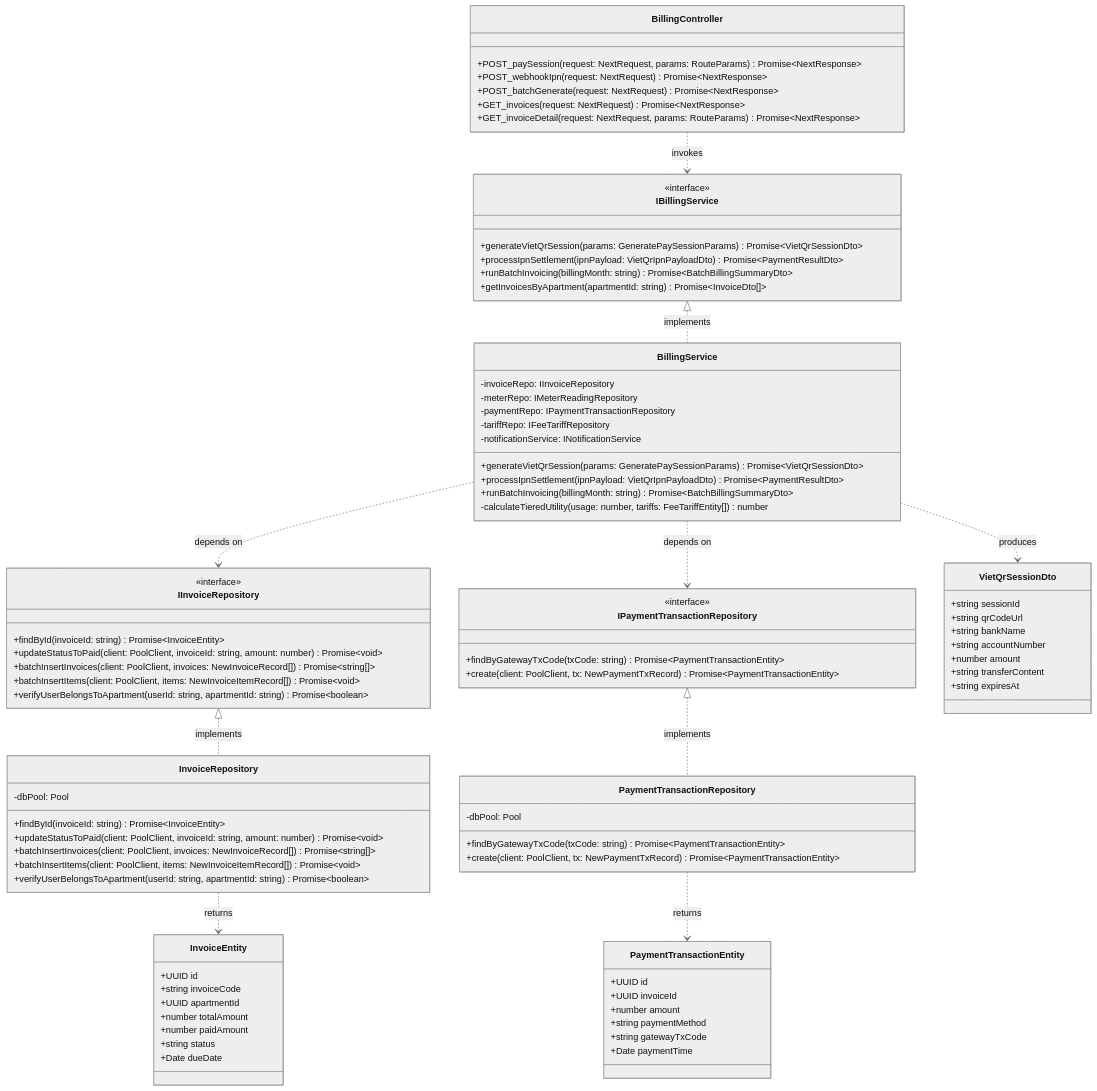
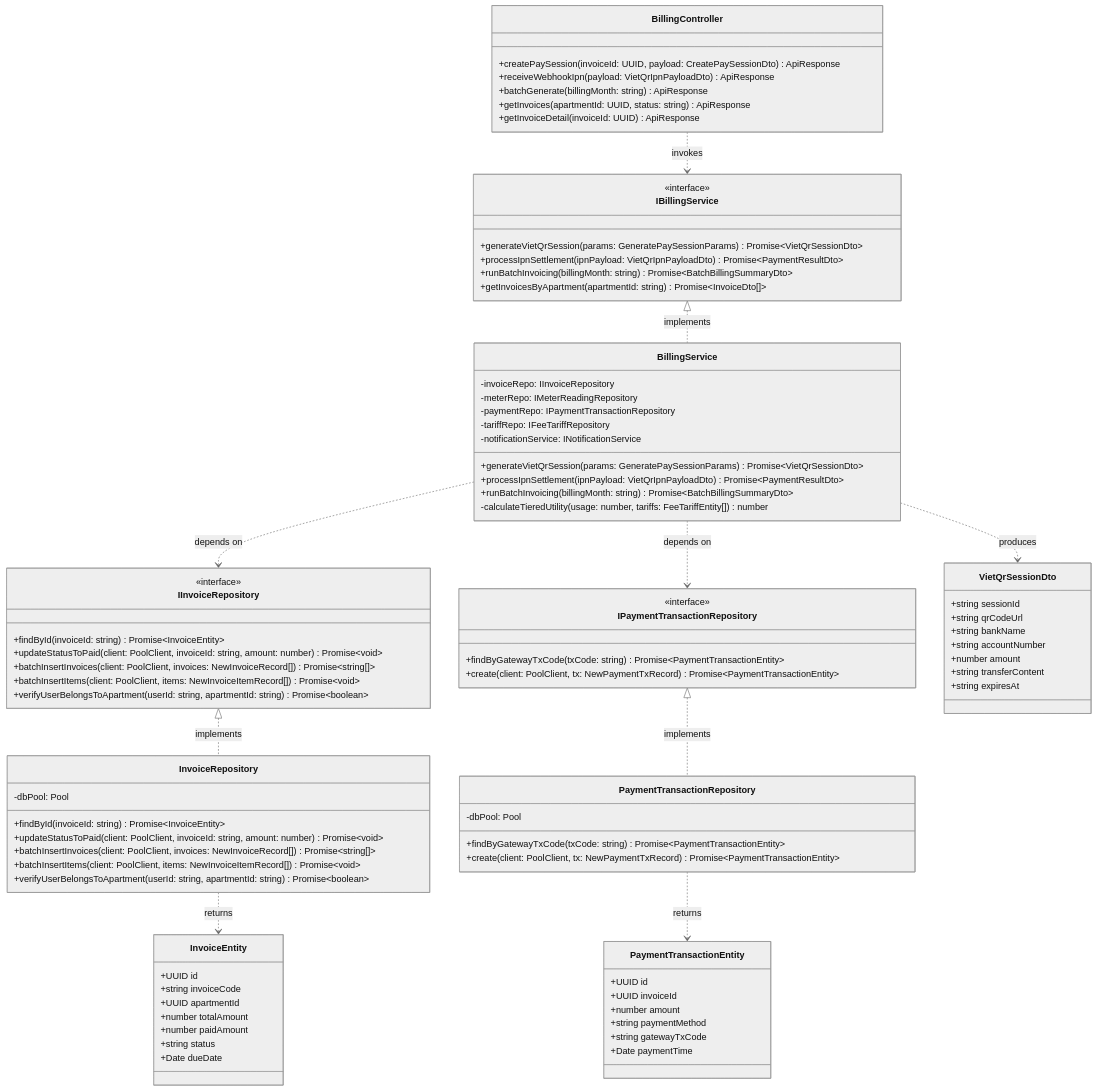
One commit to QuanAnh280605/NguyenAnhQuan-Household-Management changed the first of 8 diagrams in docs/DETAILED_CLASS_AND_SEQUENCE_DIAGRAMS.md. Above: the diagram before and after it, drawn with Mermaid (neutral theme). The commit also changed other lines of this file and 7 other files, not shown here.

Commit message:
docs: synchronize architecture specifications, dual-mode ingress diagrams, and ADR-0009 index

````diff
--- a/docs/DETAILED_CLASS_AND_SEQUENCE_DIAGRAMS.md
+++ b/docs/DETAILED_CLASS_AND_SEQUENCE_DIAGRAMS.md
@@ -55,12 +55,12 @@
 ```mermaid
 classDiagram
-    %% PRESENTATION TIER
+    %% PRESENTATION TIER (FASTAPI INGRESS / REST CONTROLLER)
     class BillingController {
-        +POST_paySession(request: NextRequest, params: RouteParams) Promise~NextResponse~
-        +POST_webhookIpn(request: NextRequest) Promise~NextResponse~
-        +POST_batchGenerate(request: NextRequest) Promise~NextResponse~
-        +GET_invoices(request: NextRequest) Promise~NextResponse~
-        +GET_invoiceDetail(request: NextRequest, params: RouteParams) Promise~NextResponse~
+        +createPaySession(invoiceId: UUID, payload: CreatePaySessionDto) ApiResponse
+        +receiveWebhookIpn(payload: VietQrIpnPayloadDto) ApiResponse
+        +batchGenerate(billingMonth: string) ApiResponse
+        +getInvoices(apartmentId: UUID, status: string) ApiResponse
+        +getInvoiceDetail(invoiceId: UUID) ApiResponse
     }
 
     %% BUSINESS LOGIC TIER
````
